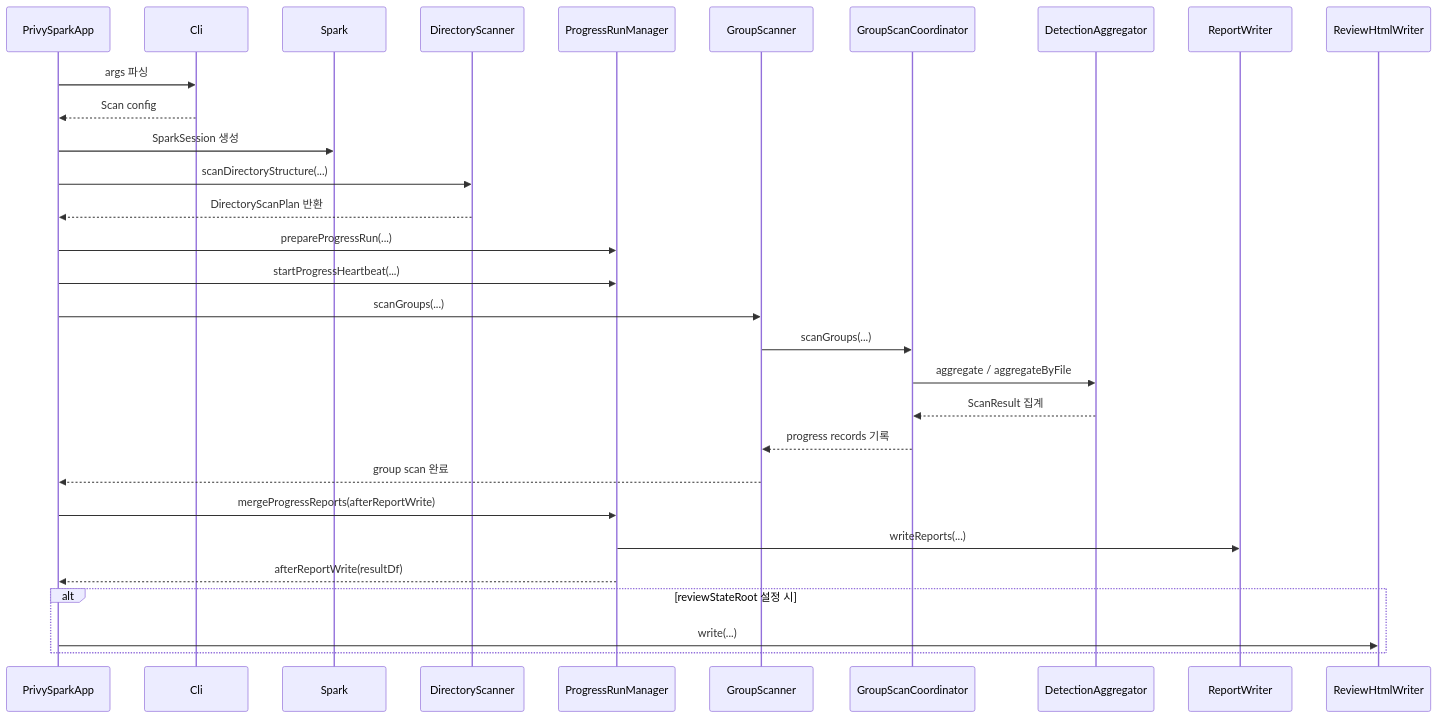
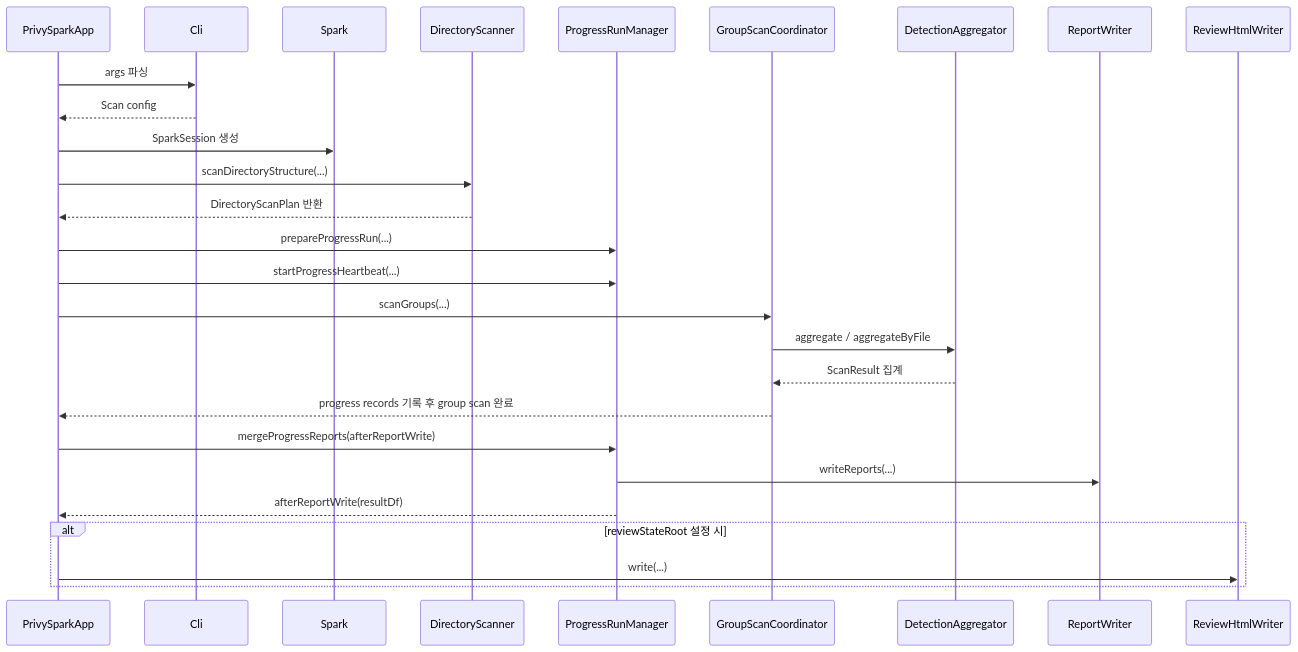
The second of 2 diagrams in docs/ko/architecture/overview.md (jonggeun2001/PrivySpark), drawn with Mermaid before and after one commit. The commit also changed other lines of this file and 13 other files, not shown here.

Commit message:
refactor: retire GroupScanner scan facade (#177)

````diff
--- a/docs/ko/architecture/overview.md
+++ b/docs/ko/architecture/overview.md
@@ -100,33 +100,30 @@
 ```mermaid
 sequenceDiagram
   participant PrivySparkApp
   participant CliParser as Cli
   participant Spark
   participant DirectoryScanner
   participant ProgressRunManager
-  participant GroupScanner
   participant GroupScanCoordinator
   participant DetectionAggregator
   participant ReportWriter
   participant ReviewHtmlWriter
 
   PrivySparkApp->>CliParser: args 파싱
   CliParser-->>PrivySparkApp: Scan config
   PrivySparkApp->>Spark: SparkSession 생성
   PrivySparkApp->>DirectoryScanner: scanDirectoryStructure(...)
   DirectoryScanner-->>PrivySparkApp: DirectoryScanPlan 반환
   PrivySparkApp->>ProgressRunManager: prepareProgressRun(...)
   PrivySparkApp->>ProgressRunManager: startProgressHeartbeat(...)
-  PrivySparkApp->>GroupScanner: scanGroups(...)
-  GroupScanner->>GroupScanCoordinator: scanGroups(...)
+  PrivySparkApp->>GroupScanCoordinator: scanGroups(...)
   GroupScanCoordinator->>DetectionAggregator: aggregate / aggregateByFile
   DetectionAggregator-->>GroupScanCoordinator: ScanResult 집계
-  GroupScanCoordinator-->>GroupScanner: progress records 기록
-  GroupScanner-->>PrivySparkApp: group scan 완료
+  GroupScanCoordinator-->>PrivySparkApp: progress records 기록 후 group scan 완료
   PrivySparkApp->>ProgressRunManager: mergeProgressReports(afterReportWrite)
   ProgressRunManager->>ReportWriter: writeReports(...)
   ProgressRunManager-->>PrivySparkApp: afterReportWrite(resultDf)
   alt reviewStateRoot 설정 시
     PrivySparkApp->>ReviewHtmlWriter: write(...)
   end
 ```
````
